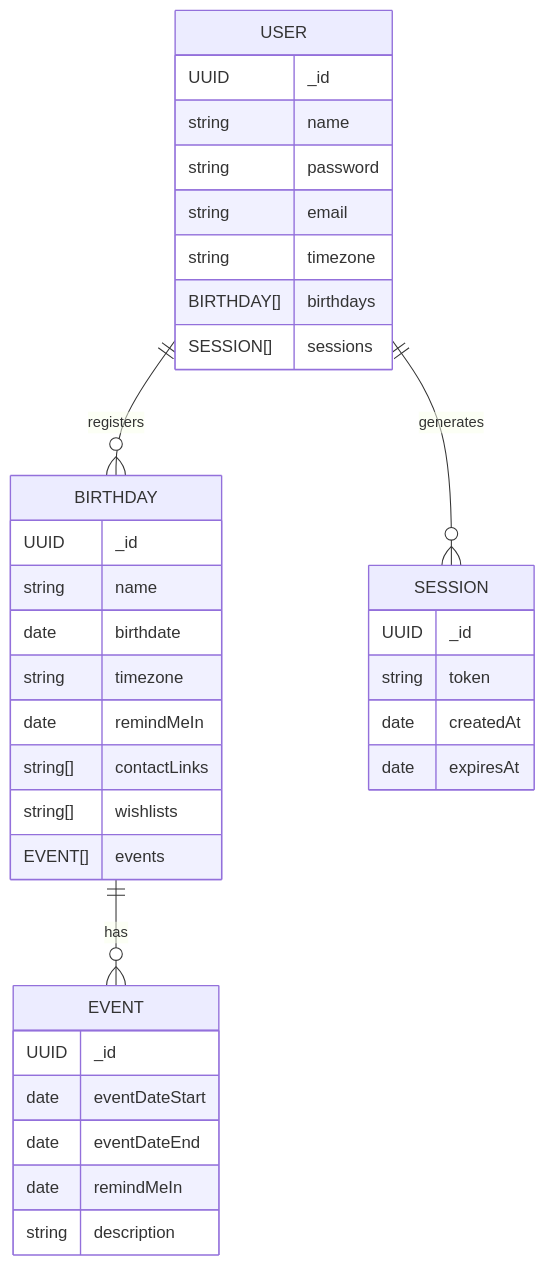
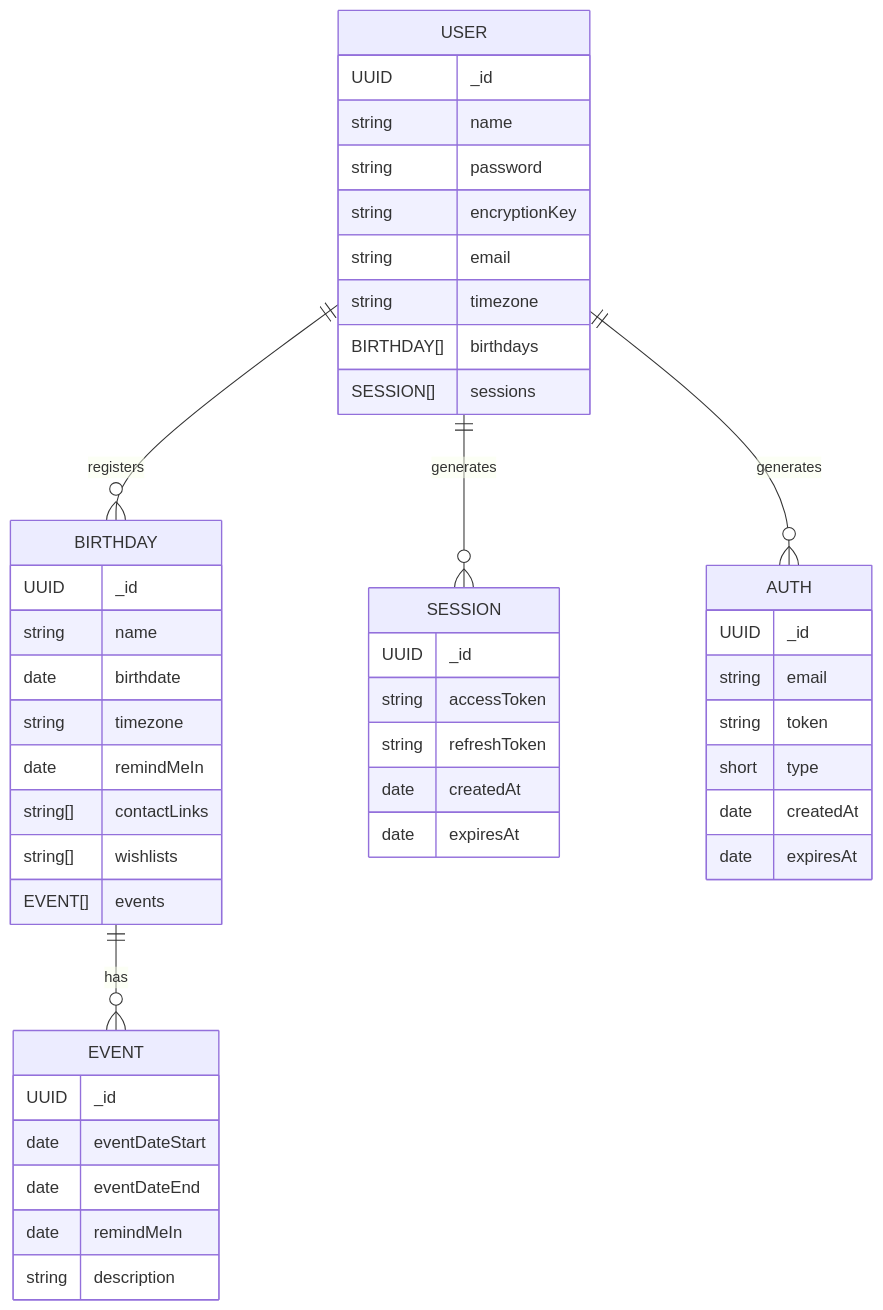
One commit to DahirVJC/global-birthday-server changed the diagram in docs/05-data-model.md. Above: the diagram before and after it, drawn with Mermaid. The commit also changed other lines of this file and 1 other file, not shown here.

Commit message:
Document API endpoints and update data model

`````diff
--- a/docs/05-data-model.md
+++ b/docs/05-data-model.md
@@ -13,42 +13,54 @@
 ````mermaid
 erDiagram
     USER ||--o{ BIRTHDAY : registers
     USER ||--o{ SESSION : generates
+    USER ||--o{ AUTH : generates
     BIRTHDAY ||--o{ EVENT : has
 
     USER {
         UUID _id
         string name
         string password
+        string encryptionKey
         string email
         string timezone
         BIRTHDAY[] birthdays
         SESSION[] sessions
     }
     
     SESSION {
         UUID _id
+        string accessToken
+        string refreshToken
+        date createdAt
+        date expiresAt
+    }
+
+    AUTH {
+        UUID _id
+        string email
         string token
+        short type
         date createdAt
         date expiresAt
     }
 
     BIRTHDAY {
         UUID _id
         string name
         date birthdate
         string timezone
         date remindMeIn
         string[] contactLinks
         string[] wishlists
         EVENT[] events
     }
 
     EVENT {
         UUID _id
         date eventDateStart
         date eventDateEnd
         date remindMeIn
         string description
     }
 ````
`````
